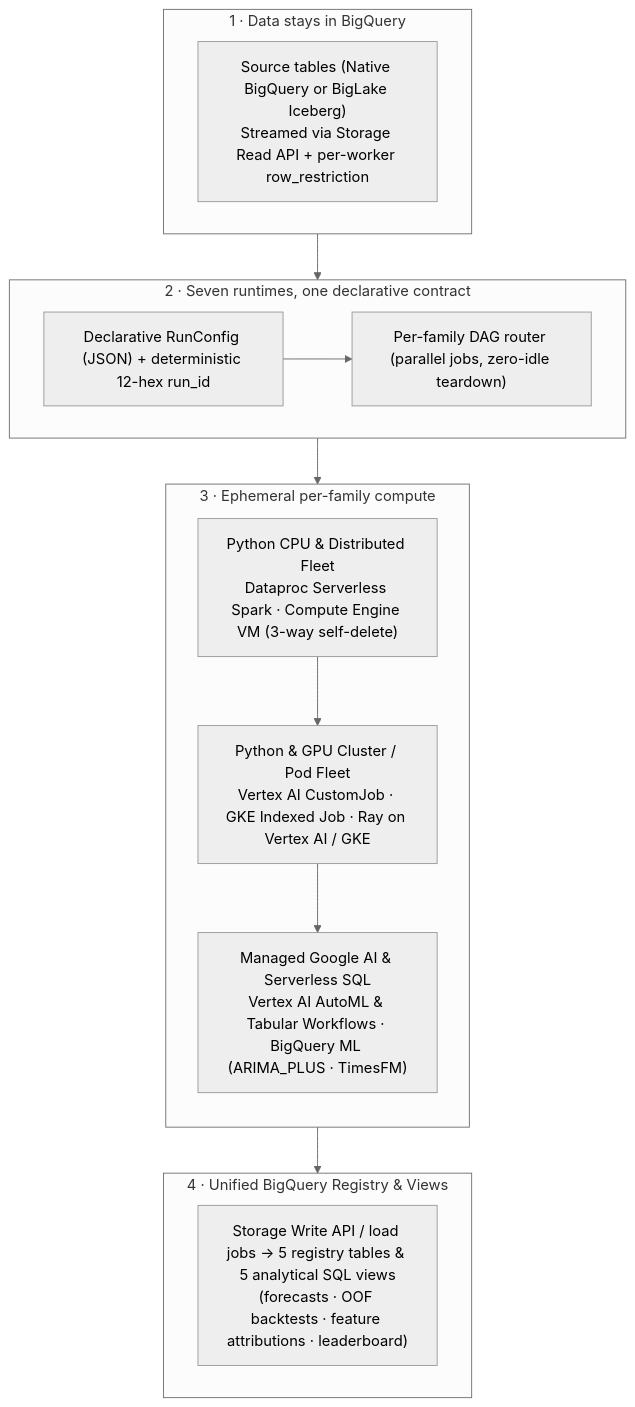
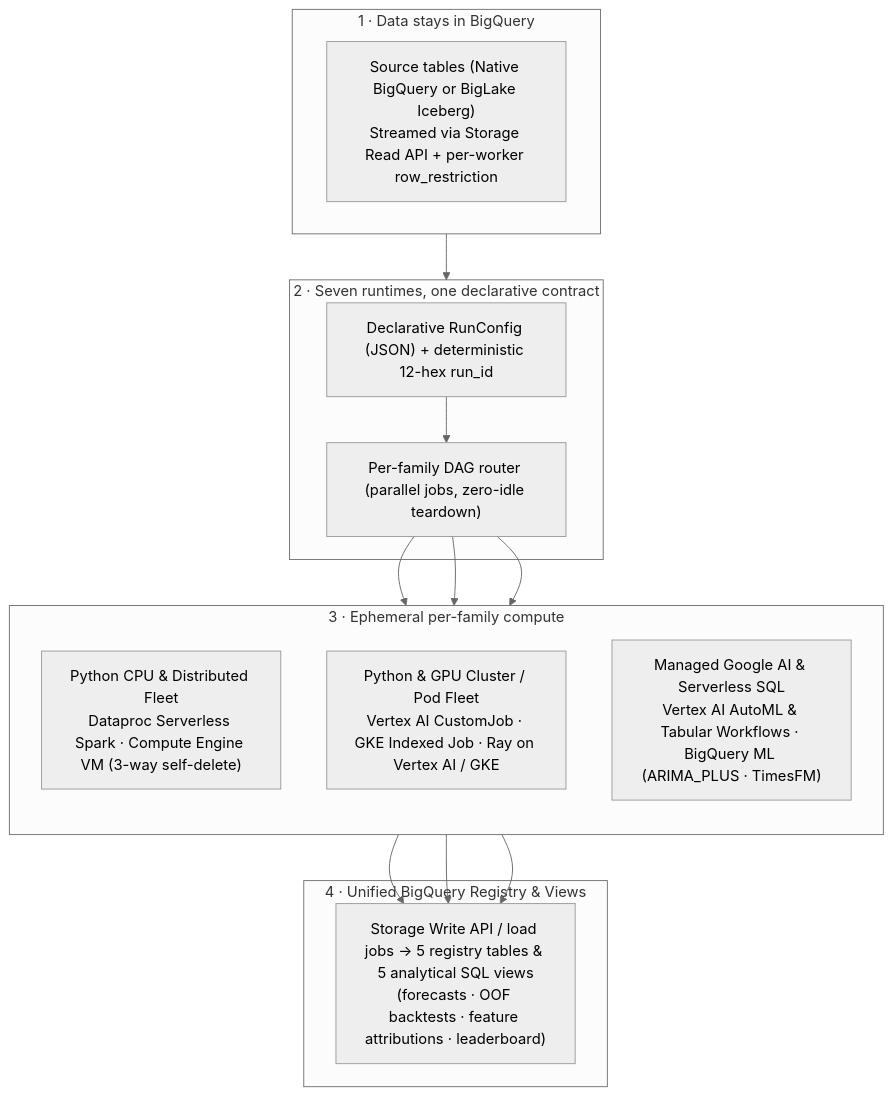
One commit to statmike/scale-forecasting changed the diagram in docs/why_google_cloud.md. Above: the diagram before and after it, drawn with Mermaid (neutral theme). The commit also changed 16 other files, not shown here.

Commit message:
docs: expand temporal reconciliation reference, fix GitHub MathJax & Mermaid aspect ratios, and add pre-commit tripwires

````diff
--- a/docs/why_google_cloud.md
+++ b/docs/why_google_cloud.md
@@ -5,23 +5,23 @@
 ```mermaid
 flowchart TD
     subgraph BQ_IN["1 · Data stays in BigQuery"]
         SRC["Source tables (Native BigQuery or BigLake Iceberg)<br/>Streamed via Storage Read API + per-worker row_restriction"]
     end
     subgraph ROUTE["2 · Seven runtimes, one declarative contract"]
         CFG["Declarative RunConfig (JSON) + deterministic 12-hex run_id"]
         DAG["Per-family DAG router (parallel jobs, zero-idle teardown)"]
         CFG --> DAG
     end
     subgraph COMP["3 · Ephemeral per-family compute"]
         direction TB
         C_CPU["Python CPU & Distributed Fleet<br/>Dataproc Serverless Spark · Compute Engine VM (3-way self-delete)"]
         C_GPU["Python & GPU Cluster / Pod Fleet<br/>Vertex AI CustomJob · GKE Indexed Job · Ray on Vertex AI / GKE"]
         C_MGD["Managed Google AI & Serverless SQL<br/>Vertex AI AutoML & Tabular Workflows · BigQuery ML (ARIMA_PLUS · TimesFM)"]
-        C_CPU --> C_GPU --> C_MGD
     end
     subgraph BQ_OUT["4 · Unified BigQuery Registry & Views"]
         REG["Storage Write API / load jobs -> 5 registry tables & 5 analytical SQL views<br/>(forecasts · OOF backtests · feature attributions · leaderboard)"]
     end
 
-    BQ_IN --> ROUTE --> COMP --> BQ_OUT
+    BQ_IN --> ROUTE
+    DAG --> C_CPU & C_GPU & C_MGD --> REG
 ```
````
